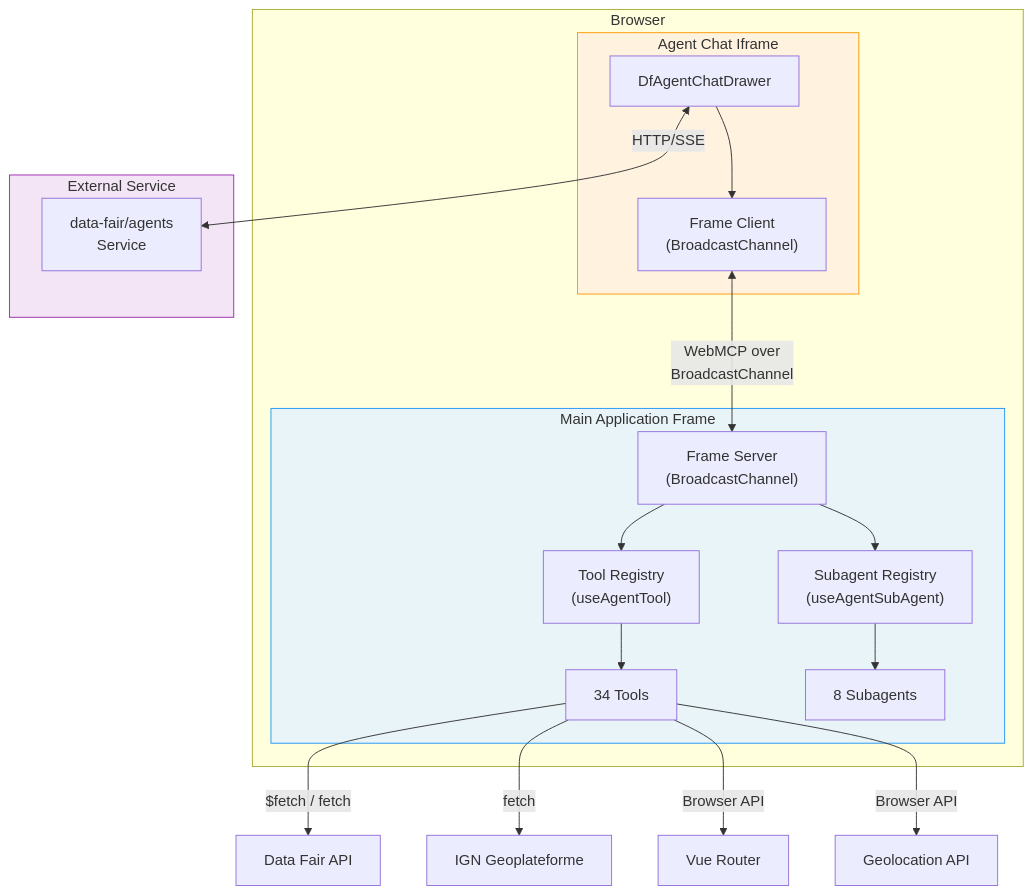
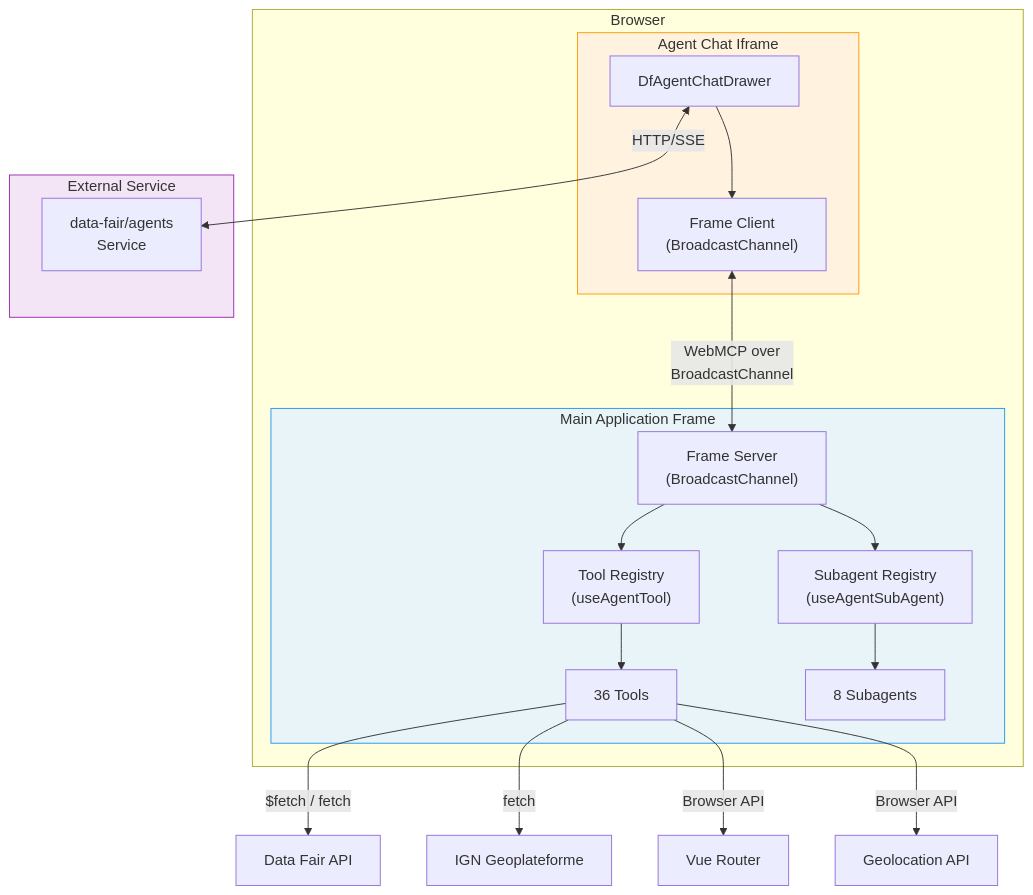
One commit to data-fair/data-fair changed the first of 3 diagrams in docs/architecture/agent-integration.md. Above: the diagram before and after it, drawn with Mermaid. The commit also changed other lines of this file, not shown here.

Commit message:
docs: document service-releases agent tools

````diff
--- a/docs/architecture/agent-integration.md
+++ b/docs/architecture/agent-integration.md
@@ -31,34 +31,34 @@
 ```mermaid
 graph TB
     subgraph Browser
         subgraph MainFrame["Main Application Frame"]
             FS["Frame Server<br/>(BroadcastChannel)"]
             TR["Tool Registry<br/>(useAgentTool)"]
             SR["Subagent Registry<br/>(useAgentSubAgent)"]
-            Tools["34 Tools"]
+            Tools["36 Tools"]
             SubAgents["8 Subagents"]
             TR --> Tools
             SR --> SubAgents
             FS --> TR
             FS --> SR
         end
         subgraph ChatIframe["Agent Chat Iframe"]
             CD["DfAgentChatDrawer"]
             FC["Frame Client<br/>(BroadcastChannel)"]
             CD --> FC
         end
         FC <-->|"WebMCP over<br/>BroadcastChannel"| FS
     end
     subgraph External["External Service"]
         AS["data-fair/agents<br/>Service"]
     end
     CD <-->|"HTTP/SSE"| AS
     Tools -->|"$fetch / fetch"| API["Data Fair API"]
     Tools -->|"fetch"| GEO["IGN Geoplateforme"]
     Tools -->|"Browser API"| NAV["Vue Router"]
     Tools -->|"Browser API"| GEOLOC["Geolocation API"]
 
     style MainFrame fill:#e8f4f8,stroke:#2196F3
     style ChatIframe fill:#fff3e0,stroke:#FF9800
     style External fill:#f3e5f5,stroke:#9C27B0
 ```
````
